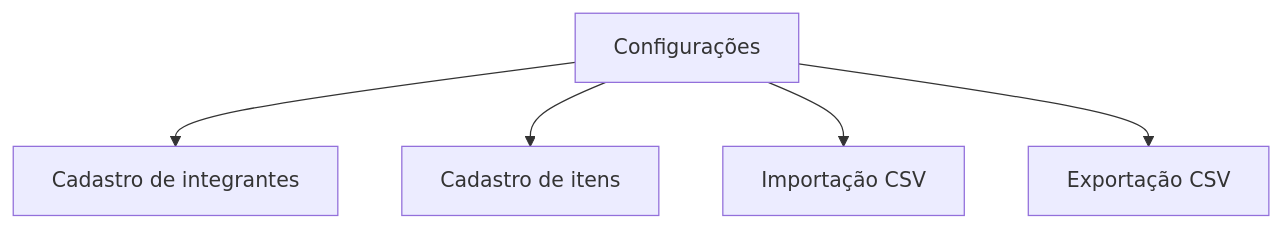
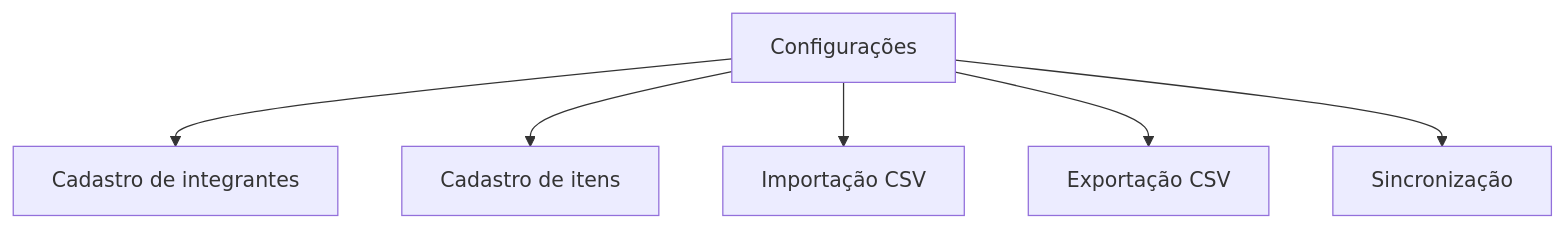
Before and after one commit to handersonbf/bar-13: the second of 2 diagrams in documentacao/mapa-de-navegacao.md, drawn with Mermaid. The commit also changed other lines of this file and 8 other files, not shown here.

````diff
--- a/documentacao/mapa-de-navegacao.md
+++ b/documentacao/mapa-de-navegacao.md
@@ -214,7 +226,8 @@
 ```mermaid
 flowchart TD
   A["Configurações"] --> B["Cadastro de integrantes"]
   A --> C["Cadastro de itens"]
   A --> D["Importação CSV"]
   A --> E["Exportação CSV"]
+  A --> F["Sincronização"]
 ```
````
